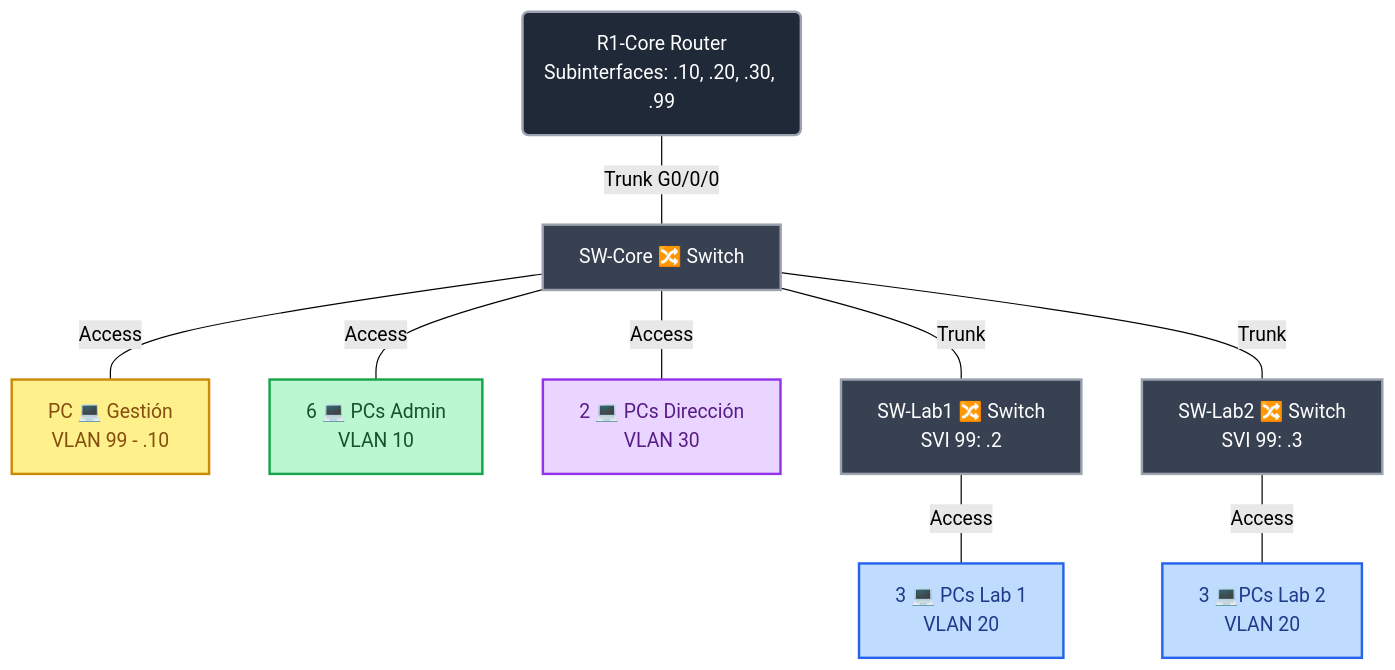
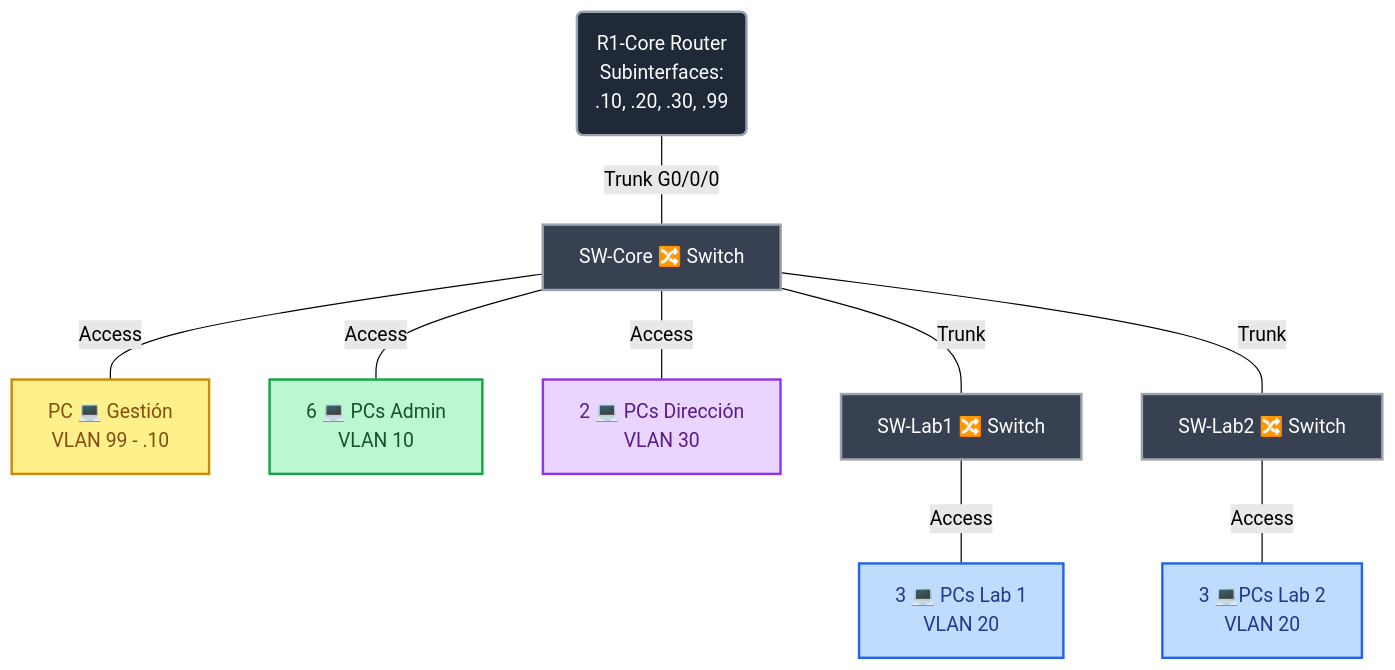
One commit to elzro/portafolio-alumno-prueba changed the first of 3 diagrams in README.md. Above: the diagram before and after it, drawn with Mermaid (forest theme).

````diff
--- a/README.md
+++ b/README.md
@@ -18,35 +18,35 @@
 ```mermaid
 graph TD
     %% Definición de la Topología
-    R1(R1-Core Router<br/>Subinterfaces: .10, .20, .30, .99) ---|Trunk G0/0/0| SWC[SW-Core 🔀 Switch]
+    R1(R1-Core Router<br/>Subinterfaces: <br/>.10, .20, .30, .99) ---|Trunk G0/0/0| SWC[SW-Core 🔀 Switch]
     
     SWC ---|Access| PCG[PC 💻 Gestión<br/>VLAN 99 - .10]
     SWC ---|Access| PCA[6 💻 PCs Admin<br/>VLAN 10]
     SWC ---|Access| PCD[2 💻 PCs Dirección<br/>VLAN 30]
     
-    SWC ---|Trunk| SWL1[SW-Lab1 🔀 Switch<br/>SVI 99: .2]
-    SWC ---|Trunk| SWL2[SW-Lab2 🔀 Switch<br/>SVI 99: .3]
+    SWC ---|Trunk| SWL1[SW-Lab1 🔀 Switch<br/>]
+    SWC ---|Trunk| SWL2[SW-Lab2 🔀 Switch<br/>]
     
     SWL1 ---|Access| PCL1[3 💻 PCs Lab 1<br/>VLAN 20]
     SWL2 ---|Access| PCL2[3 💻PCs Lab 2<br/>VLAN 20]
 
     %% Estilos de Nodos Generales (Routers y Switches)
     style R1 fill:#1f2937,stroke:#9ca3af,stroke-width:2px,color:#fff
     style SWC fill:#374151,stroke:#9ca3af,stroke-width:2px,color:#fff
     style SWL1 fill:#374151,stroke:#9ca3af,stroke-width:2px,color:#fff
     style SWL2 fill:#374151,stroke:#9ca3af,stroke-width:2px,color:#fff
 
     %% Estilos por VLAN
     %% VLAN 99 - Gestión (Amarillo)
     style PCG fill:#fef08a,stroke:#ca8a04,stroke-width:2px,color:#854d0e
 
     %% VLAN 10 - Admin (Verde)
     style PCA fill:#bbf7d0,stroke:#16a34a,stroke-width:2px,color:#14532d
 
     %% VLAN 20 - Labs (Azul)
     style PCL1 fill:#bfdbfe,stroke:#2563eb,stroke-width:2px,color:#1e3a8a
     style PCL2 fill:#bfdbfe,stroke:#2563eb,stroke-width:2px,color:#1e3a8a
 
     %% VLAN 30 - Dirección (Morado)
     style PCD fill:#e9d5ff,stroke:#9333ea,stroke-width:2px,color:#581c87
 ```
````
